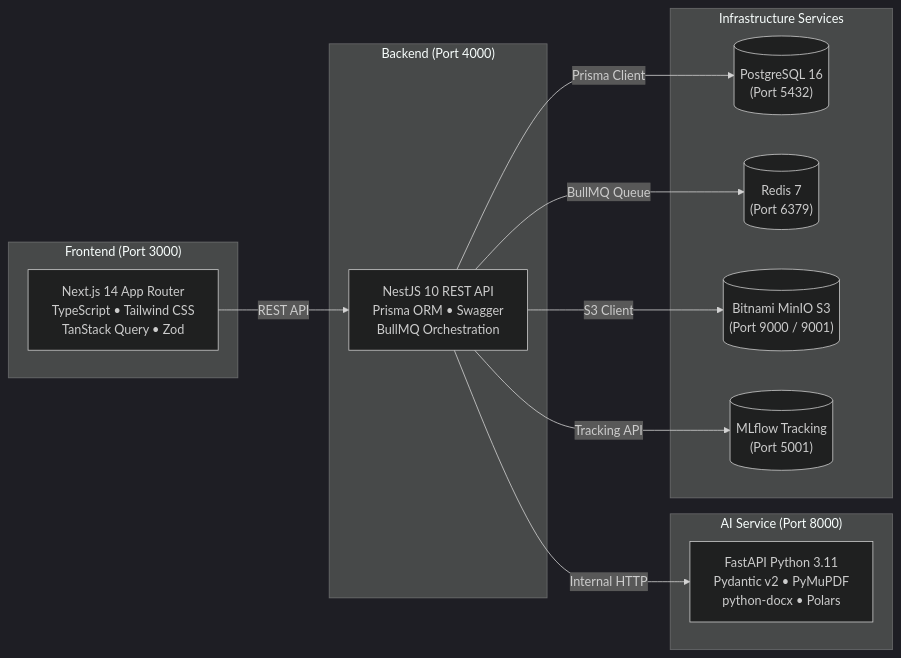
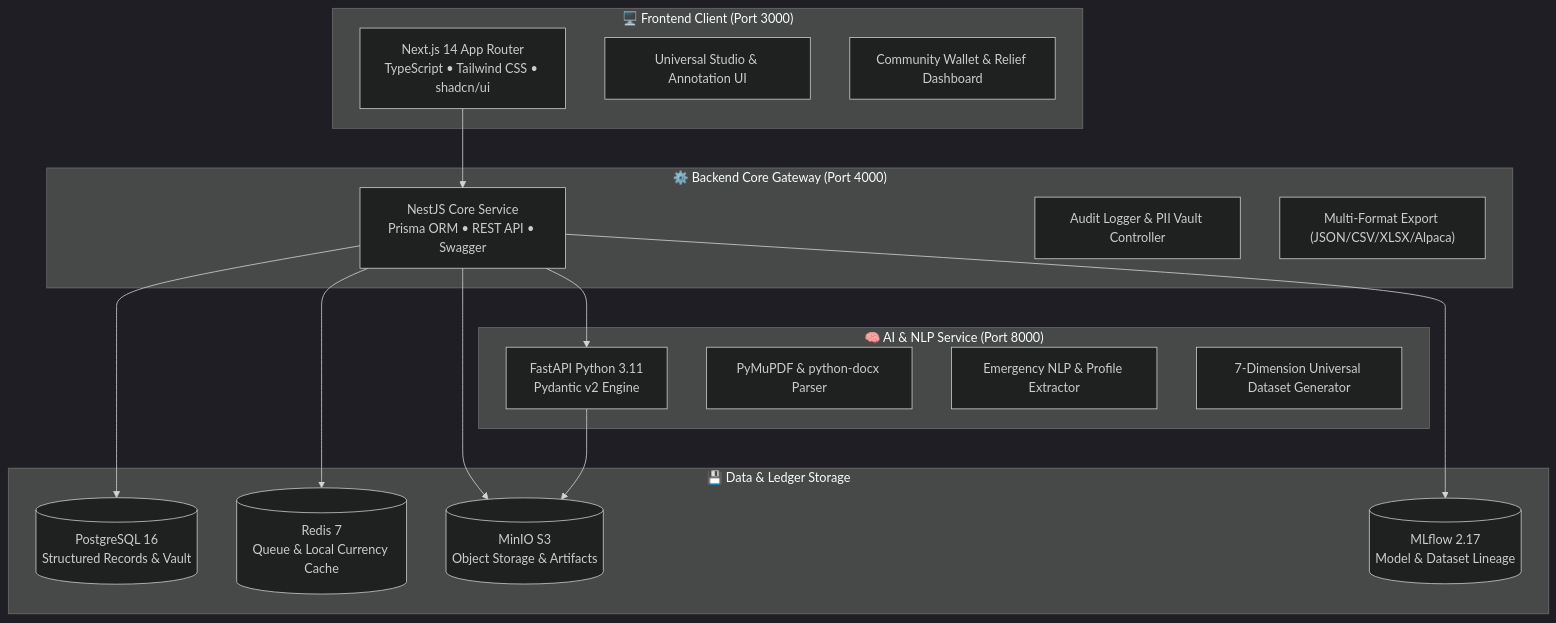
One commit to Phoomss/interviewx-datahub changed the first of 2 diagrams in README.md. Above: the diagram before and after it, drawn with Mermaid (dark theme). The commit also changed other lines of this file, not shown here.

Commit message:
docs: update README with Hackathon Status, Platform Design, Fintech, AI/NLP, and License

````diff
--- a/README.md
+++ b/README.md
@@ -32,28 +43,36 @@
 ```mermaid
-flowchart LR
-    subgraph FrontendApp["Frontend (Port 3000)"]
-        NextJS["Next.js 14 App Router\nTypeScript • Tailwind CSS\nTanStack Query • Zod"]
+flowchart TD
+    subgraph ClientLayer["🖥️ Frontend Client (Port 3000)"]
+        UI["Next.js 14 App Router\nTypeScript • Tailwind CSS • shadcn/ui"]
+        Studio["Universal Studio & Annotation UI"]
+        WalletView["Community Wallet & Relief Dashboard"]
     end
 
-    subgraph BackendApp["Backend (Port 4000)"]
-        NestJS["NestJS 10 REST API\nPrisma ORM • Swagger\nBullMQ Orchestration"]
+    subgraph APILayer["⚙️ Backend Core Gateway (Port 4000)"]
+        Nest["NestJS Core Service\nPrisma ORM • REST API • Swagger"]
+        Audit["Audit Logger & PII Vault Controller"]
+        ExportEngine["Multi-Format Export (JSON/CSV/XLSX/Alpaca)"]
     end
 
-    subgraph AIServiceApp["AI Service (Port 8000)"]
-        FastAPI["FastAPI Python 3.11\nPydantic v2 • PyMuPDF\npython-docx • Polars"]
+    subgraph AIEngine["🧠 AI & NLP Service (Port 8000)"]
+        FastAPI["FastAPI Python 3.11\nPydantic v2 Engine"]
+        Parser["PyMuPDF & python-docx Parser"]
+        Extractor["Emergency NLP & Profile Extractor"]
+        UniversalGen["7-Dimension Universal Dataset Generator"]
     end
 
-    subgraph InfraApp["Infrastructure Services"]
-        PG[("PostgreSQL 16\n(Port 5432)")]
-        Redis[("Redis 7\n(Port 6379)")]
-        MinIO[("Bitnami MinIO S3\n(Port 9000 / 9001)")]
-        MLflow[("MLflow Tracking\n(Port 5001)")]
+    subgraph DataStore["💾 Data & Ledger Storage"]
+        PG[("PostgreSQL 16\nStructured Records & Vault")]
+        Redis[("Redis 7\nQueue & Local Currency Cache")]
+        MinIO[("MinIO S3\nObject Storage & Artifacts")]
+        MLflow[("MLflow 2.17\nModel & Dataset Lineage")]
     end
 
-    NextJS -->|REST API| NestJS
-    NestJS -->|Prisma Client| PG
-    NestJS -->|BullMQ Queue| Redis
-    NestJS -->|S3 Client| MinIO
-    NestJS -->|Internal HTTP| FastAPI
-    NestJS -->|Tracking API| MLflow
+    UI --> Nest
+    Nest --> PG
+    Nest --> Redis
+    Nest --> MinIO
+    Nest --> FastAPI
+    FastAPI --> MinIO
+    Nest --> MLflow
 ```
````
